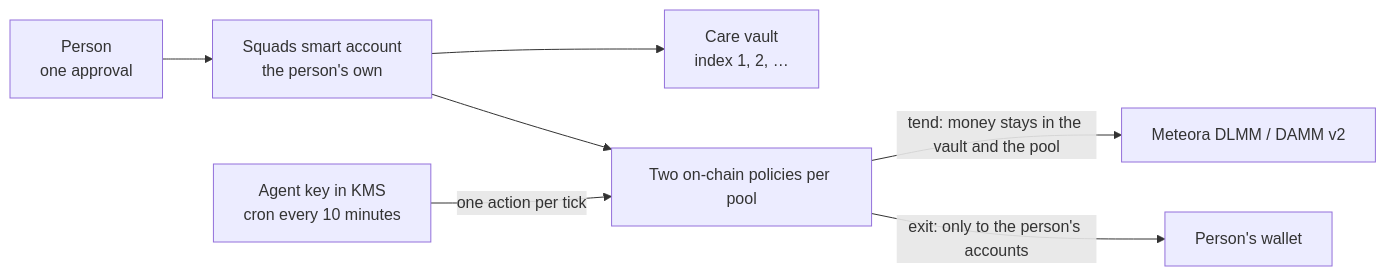
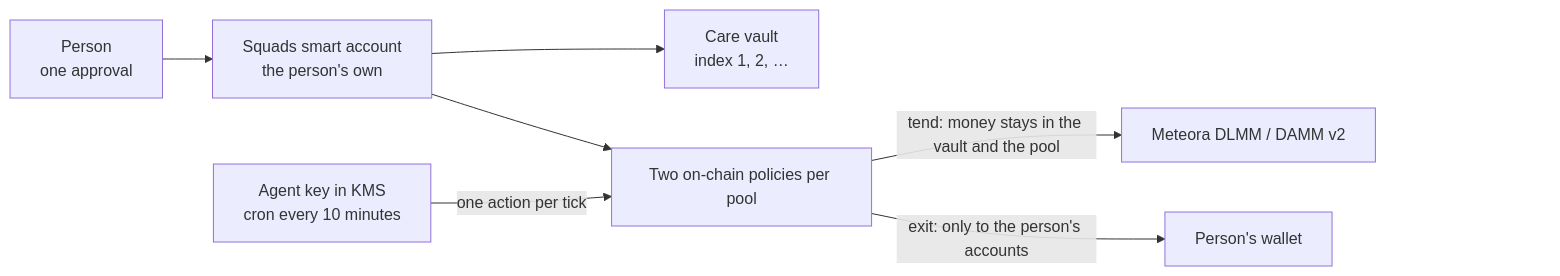
One commit to ryntra-io/ryntra-solana changed the second of 2 diagrams in METEORA.md. Above: the diagram before and after it, drawn with Mermaid. The commit also changed other lines of this file and 27 other files, not shown here.

````diff
--- a/METEORA.md
+++ b/METEORA.md
@@ -94,9 +97,12 @@
 ```mermaid
 flowchart LR
   A["Person<br/>one approval"] --> B["Squads smart account<br/>the person's own"]
   B --> C["Care vault<br/>index 1, 2, …"]
   B --> D["Two on-chain policies per pool"]
   E["Agent key in KMS<br/>cron every 10 minutes"] -->|"one action per tick"| D
   D -->|"tend: money stays in the vault and the pool"| F["Meteora DLMM / DAMM v2"]
   D -->|"exit: only to the person's accounts"| G["Person's wallet"]
+  %% An empty column: GitHub draws its pan and zoom buttons over a diagram's bottom right corner.
+  G ~~~ Z["#8195;#8195;#8195;#8195;"]
+  style Z fill:none,stroke:none
 ```
````
